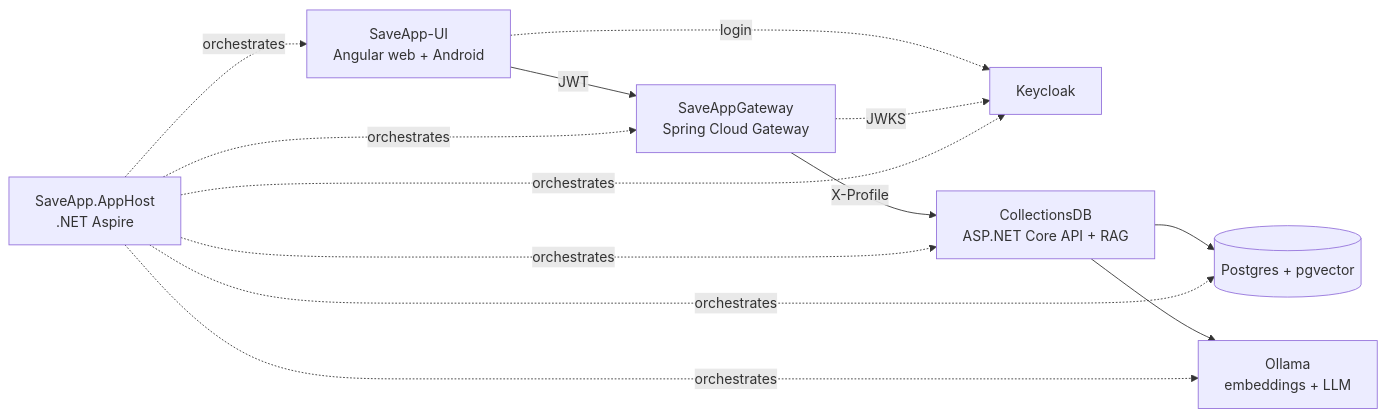
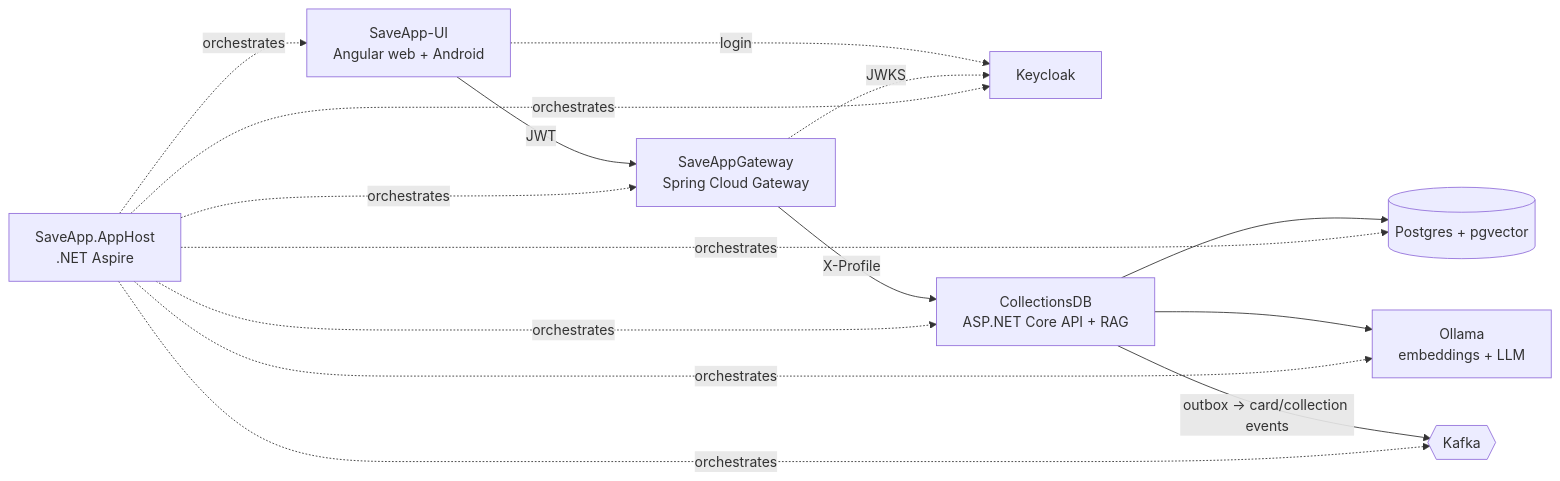
One commit to Assaviv/CollectionsProject changed the diagram in README.md. Above: the diagram before and after it, drawn with Mermaid. The commit also changed other lines of this file and 30 other files, not shown here.

First line of the commit message:
feat(outbox): implement transactional outbox pattern for Kafka event publishing (#26)

````diff
--- a/README.md
+++ b/README.md
@@ -13,10 +13,11 @@
 ```mermaid
 flowchart LR
     UI["SaveApp-UI<br/>Angular web + Android"] -->|JWT| GW["SaveAppGateway<br/>Spring Cloud Gateway"]
     UI -.->|login| KC[Keycloak]
     GW -.->|JWKS| KC
     GW -->|X-Profile| CS["CollectionsDB<br/>ASP.NET Core API + RAG"]
     CS --> PG[("Postgres + pgvector")]
     CS --> OL["Ollama<br/>embeddings + LLM"]
-    AH["SaveApp.AppHost<br/>.NET Aspire"] -. orchestrates .-> UI & GW & CS & KC & PG & OL
+    CS -->|"outbox → card/collection events"| KF{{Kafka}}
+    AH["SaveApp.AppHost<br/>.NET Aspire"] -. orchestrates .-> UI & GW & CS & KC & PG & OL & KF
 ```
````
